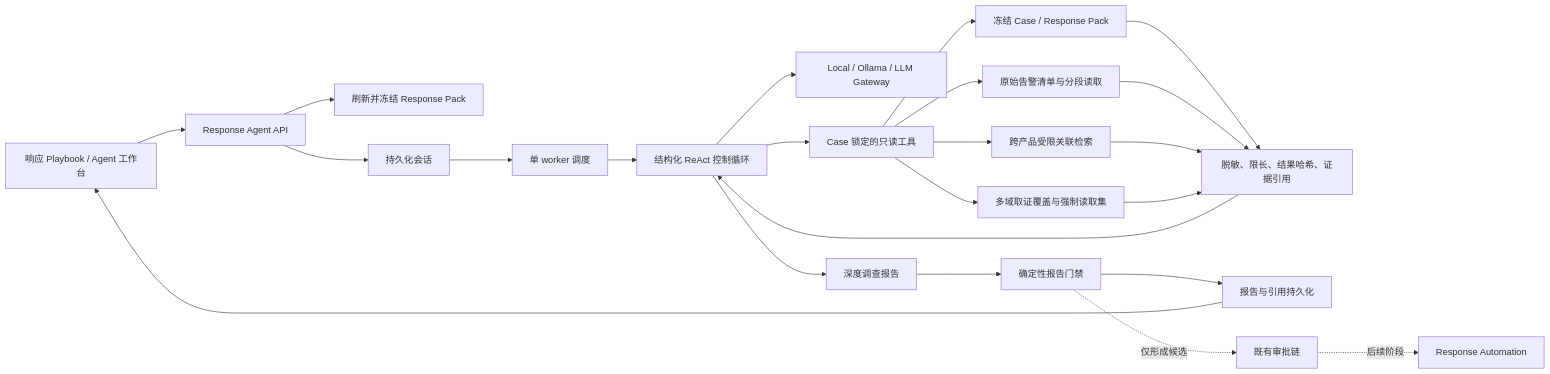
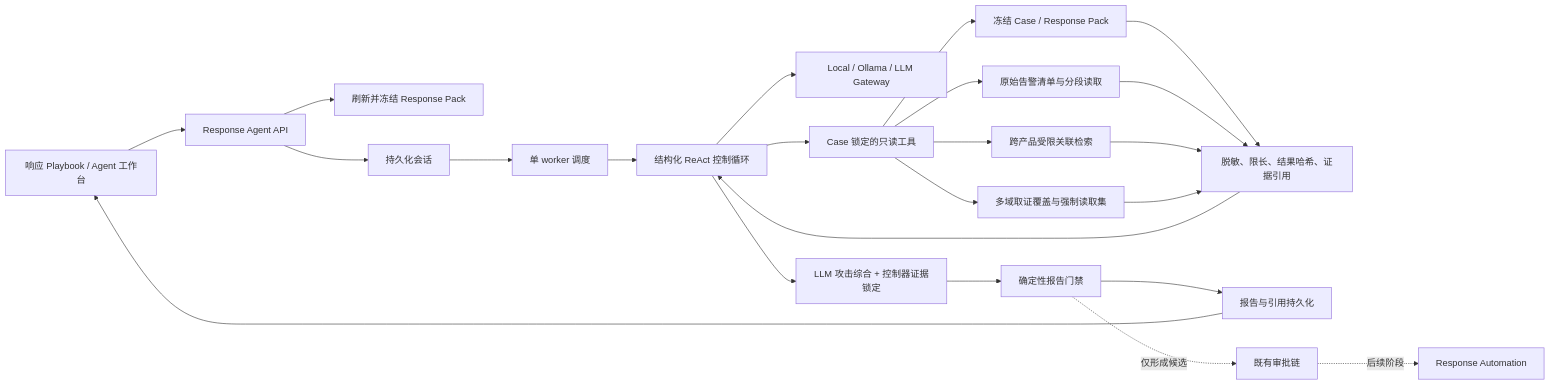
Before and after one commit to leo022/defensive-ai-gateway: the first of 2 diagrams in docs/RESPONSE_AGENT.md, drawn with Mermaid. The commit also changed other lines of this file and 7 other files, not shown here.

````diff
--- a/docs/RESPONSE_AGENT.md
+++ b/docs/RESPONSE_AGENT.md
@@ -112,26 +128,26 @@
 ```mermaid
 flowchart LR
     UI["响应 Playbook / Agent 工作台"] --> API["Response Agent API"]
     API --> PACK["刷新并冻结 Response Pack"]
     API --> SESSION["持久化会话"]
     SESSION --> WORKER["单 worker 调度"]
     WORKER --> LOOP["结构化 ReAct 控制循环"]
     LOOP --> MODEL["Local / Ollama / LLM Gateway"]
     LOOP --> TOOLS["Case 锁定的只读工具"]
     TOOLS --> SNAPSHOT["冻结 Case / Response Pack"]
     TOOLS --> RAW["原始告警清单与分段读取"]
     TOOLS --> CORR["跨产品受限关联检索"]
     TOOLS --> FORENSICS["多域取证覆盖与强制读取集"]
     SNAPSHOT --> OBS["脱敏、限长、结果哈希、证据引用"]
     RAW --> OBS
     CORR --> OBS
     FORENSICS --> OBS
     OBS --> LOOP
-    LOOP --> REPORT["深度调查报告"]
+    LOOP --> REPORT["LLM 攻击综合 + 控制器证据锁定"]
     REPORT --> GATE["确定性报告门禁"]
     GATE --> DB["报告与引用持久化"]
     DB --> UI
 
     GATE -. "仅形成候选" .-> APPROVAL["既有审批链"]
     APPROVAL -. "后续阶段" .-> AUTOMATION["Response Automation"]
 ```
````
